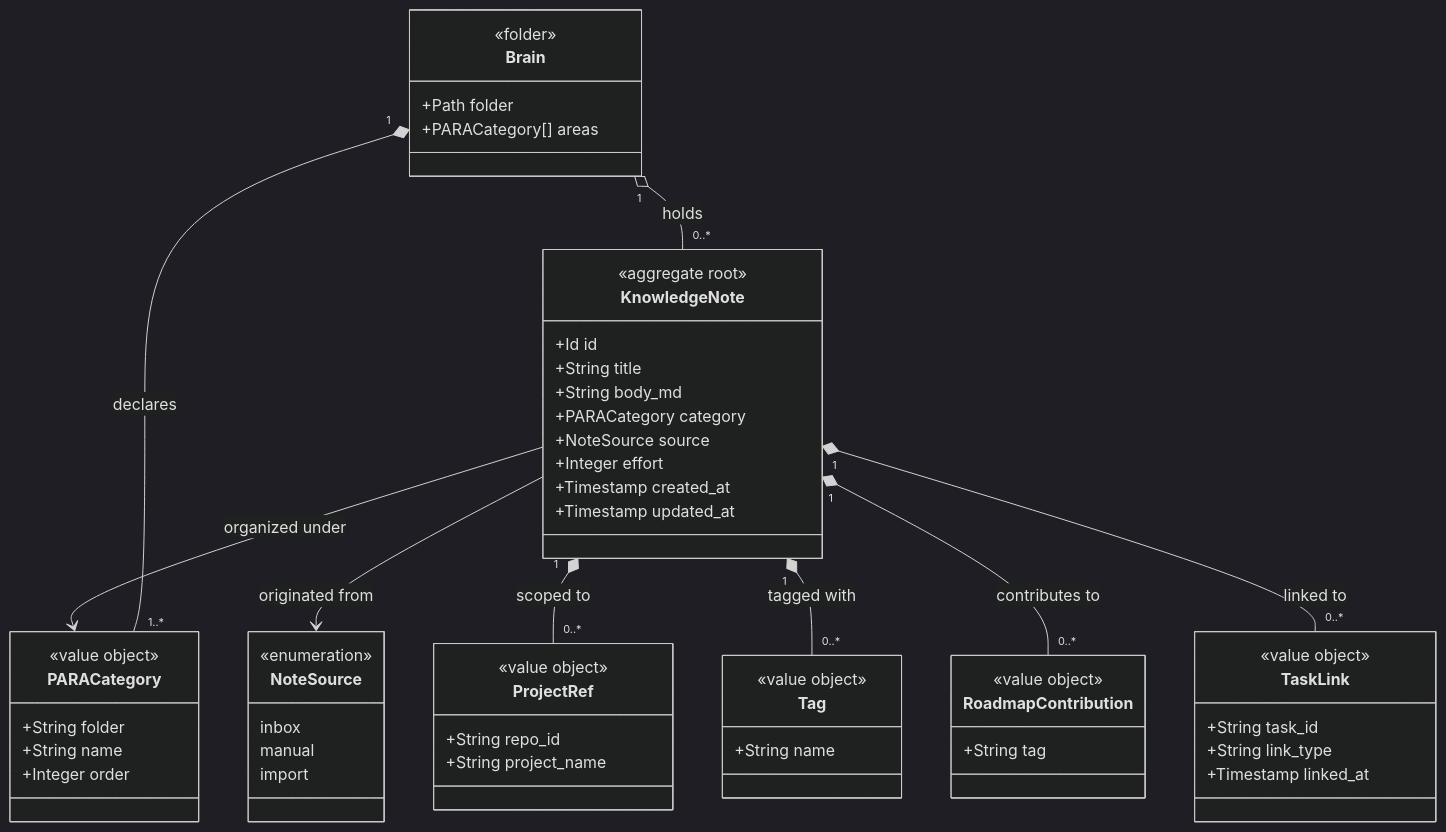
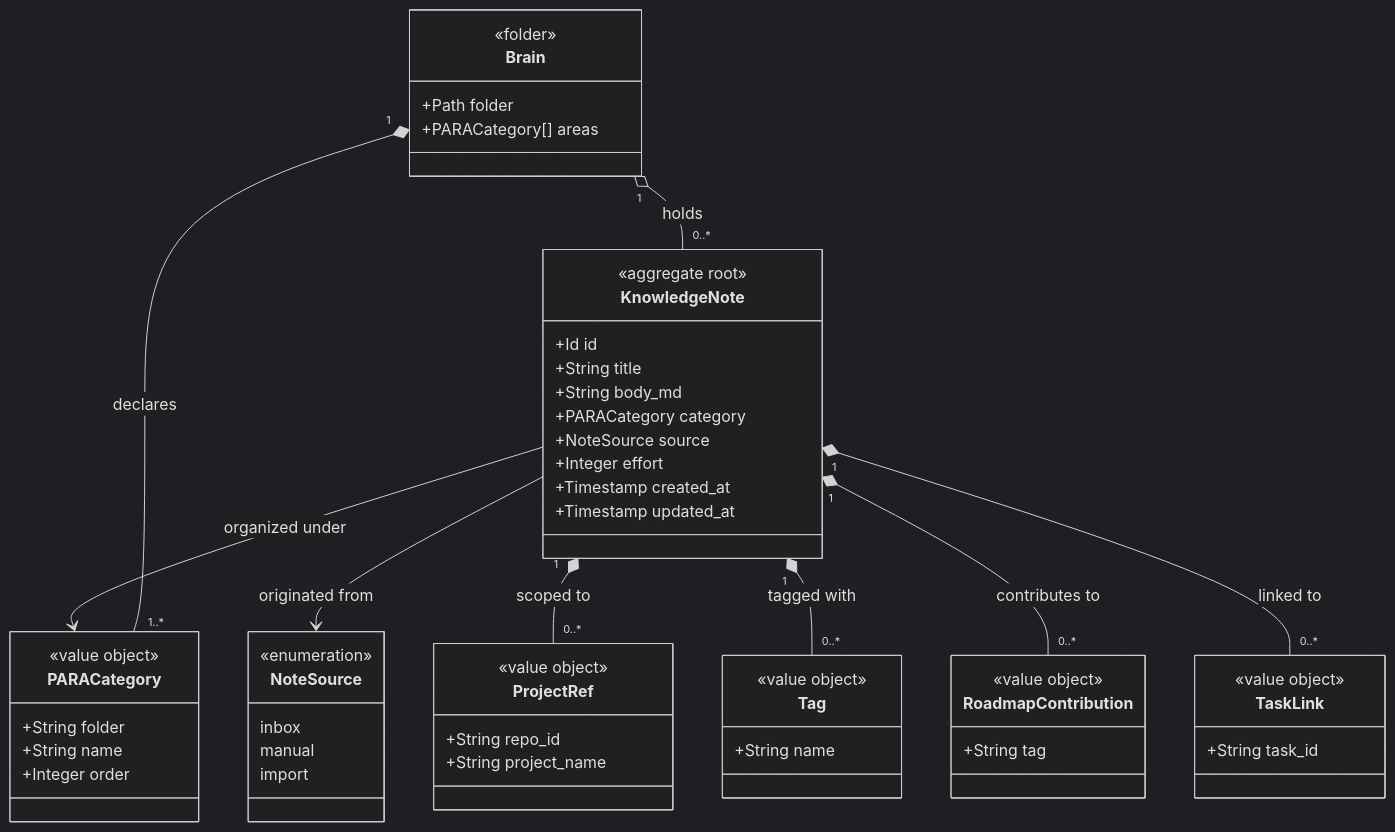
One commit to JSdotNet/Backlog changed the first of 2 diagrams in .devbook/domain/devbook/model.md. Above: the diagram before and after it, drawn with Mermaid (dark theme). The commit also changed other lines of this file and 22 other files, not shown here.

````diff
--- a/.devbook/domain/devbook/model.md
+++ b/.devbook/domain/devbook/model.md
@@ -15,59 +15,57 @@
 ```mermaid
 classDiagram
     class KnowledgeNote {
         <<aggregate root>>
         +Id id
         +String title
         +String body_md
         +PARACategory category
         +NoteSource source
         +Integer effort
         +Timestamp created_at
         +Timestamp updated_at
     }
     class Brain {
         <<folder>>
         +Path folder
         +PARACategory[] areas
     }
     class ProjectRef {
         <<value object>>
         +String repo_id
         +String project_name
     }
     class Tag {
         <<value object>>
         +String name
     }
     class RoadmapContribution {
         <<value object>>
         +String tag
     }
     class TaskLink {
         <<value object>>
         +String task_id
-        +String link_type
-        +Timestamp linked_at
     }
     class PARACategory {
         <<value object>>
         +String folder
         +String name
         +Integer order
     }
     class NoteSource {
         <<enumeration>>
         inbox
         manual
         import
     }
 
     KnowledgeNote --> PARACategory : organized under
     Brain "1" o-- "0..*" KnowledgeNote : holds
     Brain "1" *-- "1..*" PARACategory : declares
     KnowledgeNote --> NoteSource : originated from
     KnowledgeNote "1" *-- "0..*" ProjectRef : scoped to
     KnowledgeNote "1" *-- "0..*" Tag : tagged with
     KnowledgeNote "1" *-- "0..*" RoadmapContribution : contributes to
     KnowledgeNote "1" *-- "0..*" TaskLink : linked to
 ```
````
